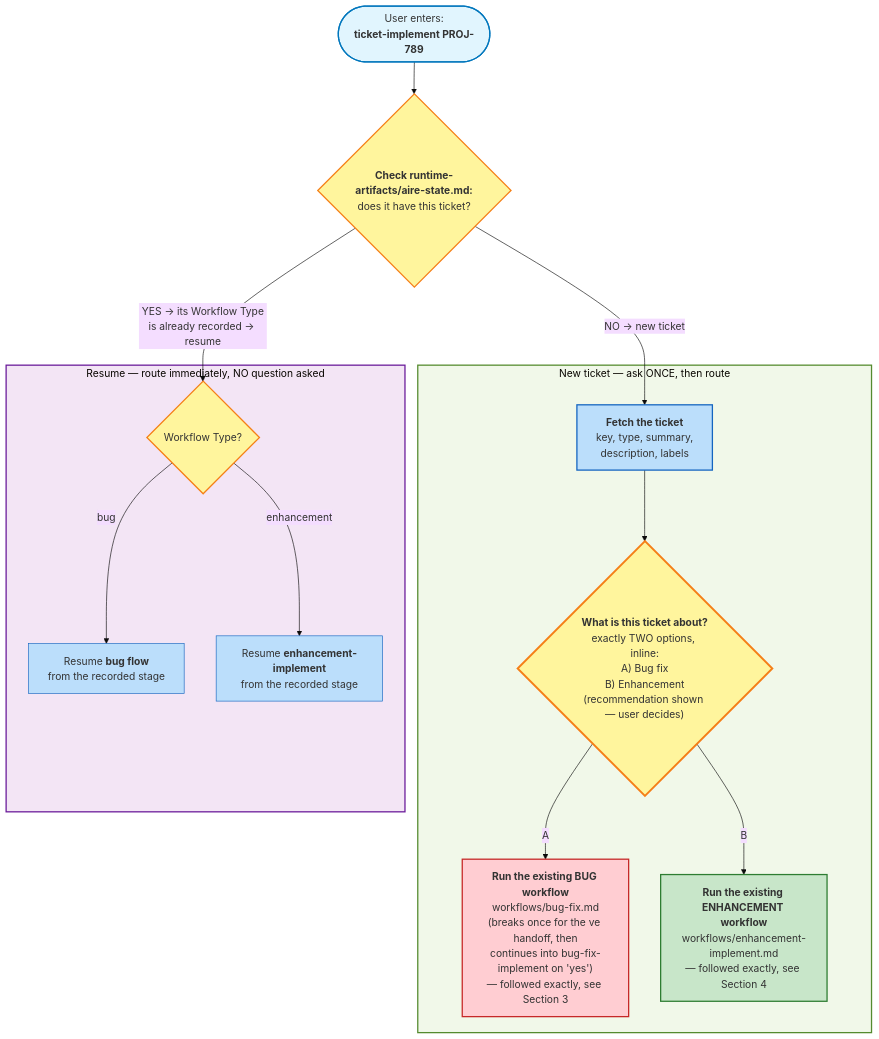
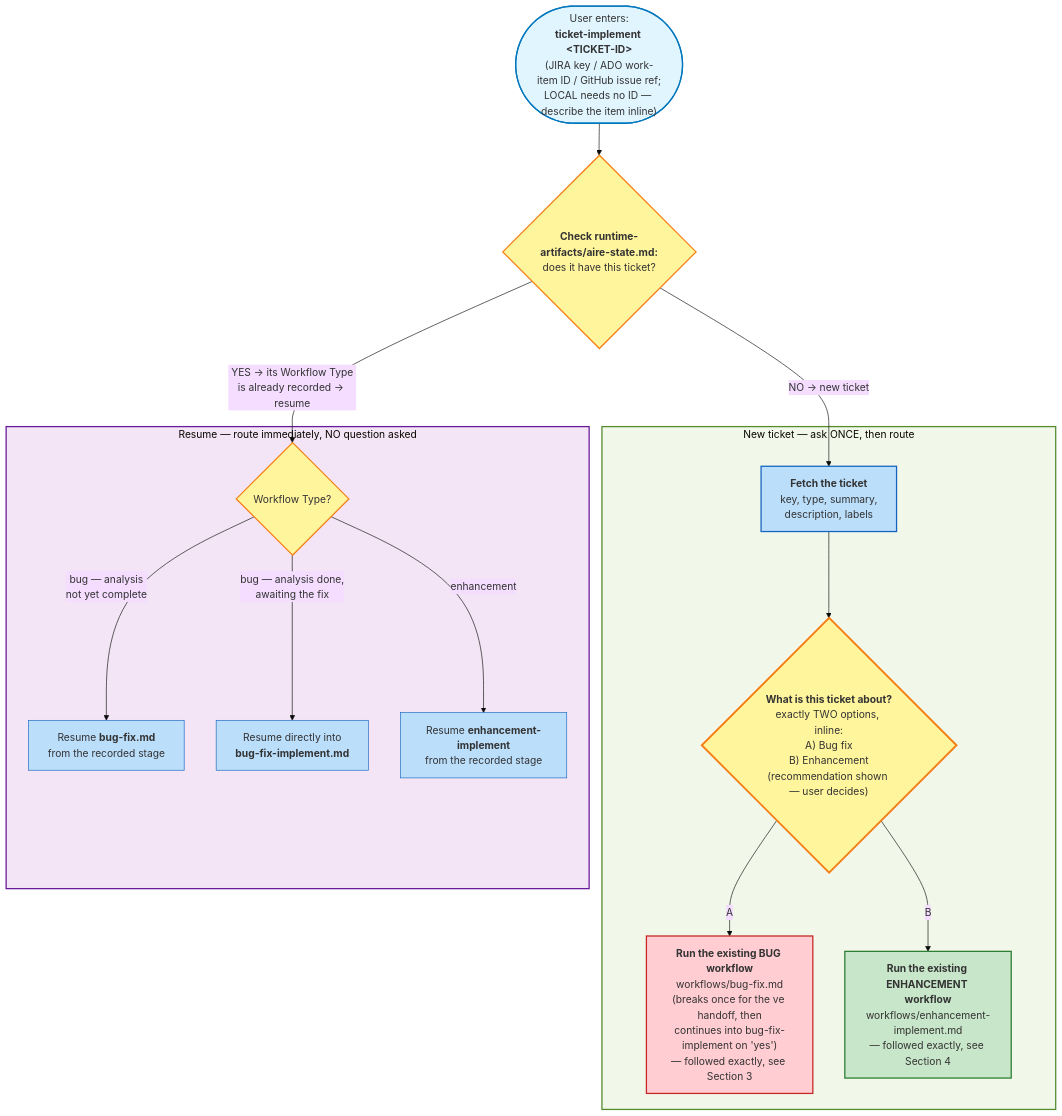
One commit to Shailendrayadav0666/billing-cycle-copy changed the fifth of 13 diagrams in aire-workflow/aire-workflow-diagram.md. Above: the diagram before and after it, drawn with Mermaid (base theme). The commit also changed other lines of this file and 48 other files, not shown here.

````diff
--- a/aire-workflow/aire-workflow-diagram.md
+++ b/aire-workflow/aire-workflow-diagram.md
@@ -851,47 +916,49 @@
 ```mermaid
 flowchart TD
-    TRIGGER(["User enters:<br/><b>ticket-implement PROJ-789</b>"])
+    TRIGGER(["User enters:<br/><b>ticket-implement &lt;TICKET-ID&gt;</b><br/>(JIRA key / ADO work-item ID / GitHub issue ref;<br/>LOCAL needs no ID — describe the item inline)"])
 
     TRIGGER --> STATE{"<b>Check runtime-artifacts/aire-state.md:</b><br/>does it have this ticket?"}
 
     %% ═══════════════════════════════════════════════════
     %% MAIN FLOW — NEW TICKET (no prior state)
     %% ═══════════════════════════════════════════════════
 
     STATE -->|"NO → new ticket"| FETCH
 
     subgraph NEWFLOW ["New ticket — ask ONCE, then route"]
         FETCH["<b>Fetch the ticket</b><br/>key, type, summary,<br/>description, labels"]
 
         FETCH --> ASK{"<b>What is this ticket about?</b><br/>exactly TWO options, inline:<br/>A) Bug fix<br/>B) Enhancement<br/>(recommendation shown — user decides)"}
 
         ASK -->|"A"| BUG["<b>Run the existing BUG workflow</b><br/>workflows/bug-fix.md<br/>(breaks once for the ve handoff, then<br/>continues into bug-fix-implement on 'yes')<br/>— followed exactly, see Section 3"]
         ASK -->|"B"| ENH["<b>Run the existing ENHANCEMENT workflow</b><br/>workflows/enhancement-implement.md<br/>— followed exactly, see Section 4"]
     end
 
     %% ═══════════════════════════════════════════════════
     %% RESUME — CLASSIFICATION ALREADY MADE (no question)
     %% ═══════════════════════════════════════════════════
 
     STATE -->|"YES → its Workflow Type<br/>is already recorded → resume"| RTYPE
 
     subgraph RESUMEFLOW ["Resume — route immediately, NO question asked"]
         RTYPE{"Workflow Type?"}
-        RTYPE -->|"bug"| RBUG["Resume <b>bug flow</b><br/>from the recorded stage"]
+        RTYPE -->|"bug — analysis<br/>not yet complete"| RBUG["Resume <b>bug-fix.md</b><br/>from the recorded stage"]
+        RTYPE -->|"bug — analysis done,<br/>awaiting the fix"| RBUGIMPL["Resume directly into<br/><b>bug-fix-implement.md</b>"]
         RTYPE -->|"enhancement"| RENH["Resume <b>enhancement-implement</b><br/>from the recorded stage"]
     end
 
 
 
     style TRIGGER fill:#E1F5FE,stroke:#0277BD,stroke-width:2px
     style STATE fill:#FFF59D,stroke:#F57F17,stroke-width:2px
     style FETCH fill:#BBDEFB,stroke:#1565C0,stroke-width:2px
     style ASK fill:#FFF59D,stroke:#F57F17,stroke-width:3px
     style BUG fill:#FFCDD2,stroke:#C62828,stroke-width:2px
     style ENH fill:#C8E6C9,stroke:#2E7D32,stroke-width:2px
     style RTYPE fill:#FFF59D,stroke:#F57F17,stroke-width:2px
     style RBUG fill:#BBDEFB,stroke:#1565C0
+    style RBUGIMPL fill:#BBDEFB,stroke:#1565C0
     style RENH fill:#BBDEFB,stroke:#1565C0
     style NEWFLOW fill:#F1F8E9,stroke:#558B2F,stroke-width:2px
     style RESUMEFLOW fill:#F3E5F5,stroke:#6A1B9A,stroke-width:2px
 ```
````
